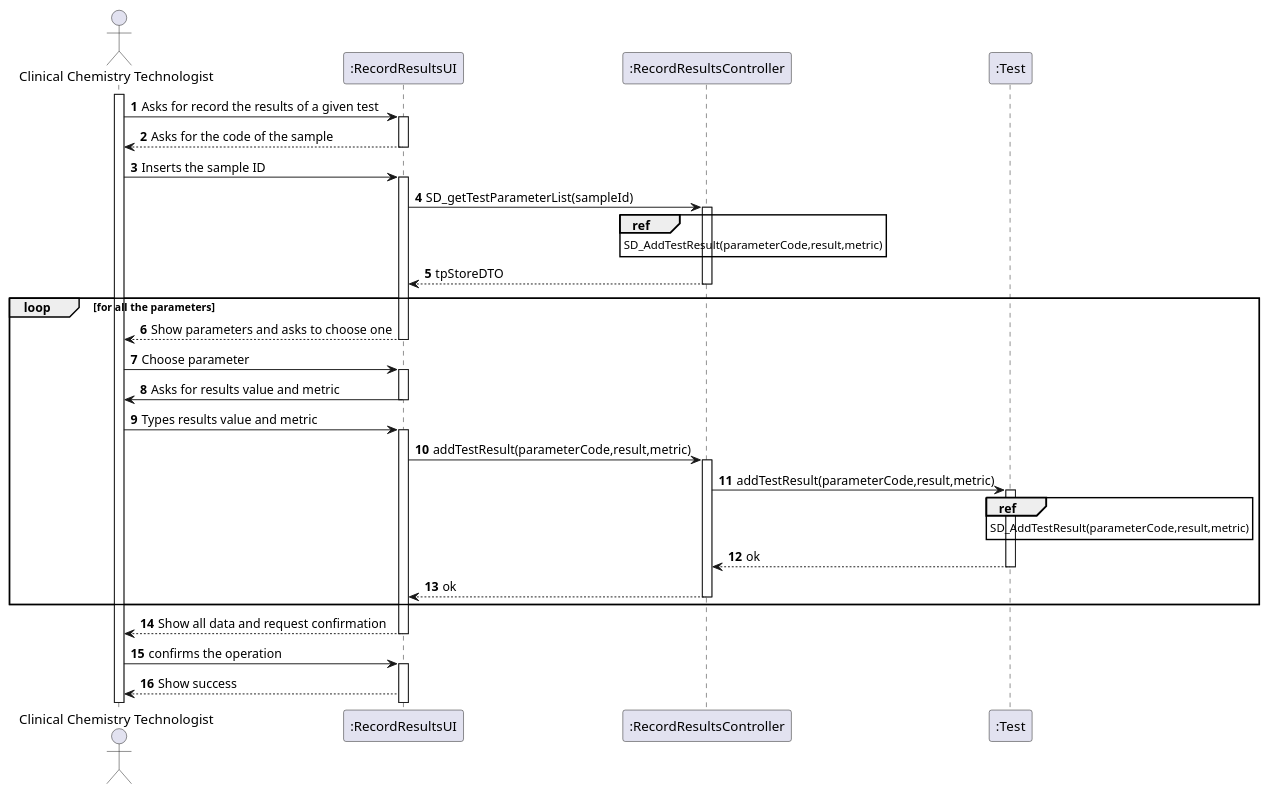
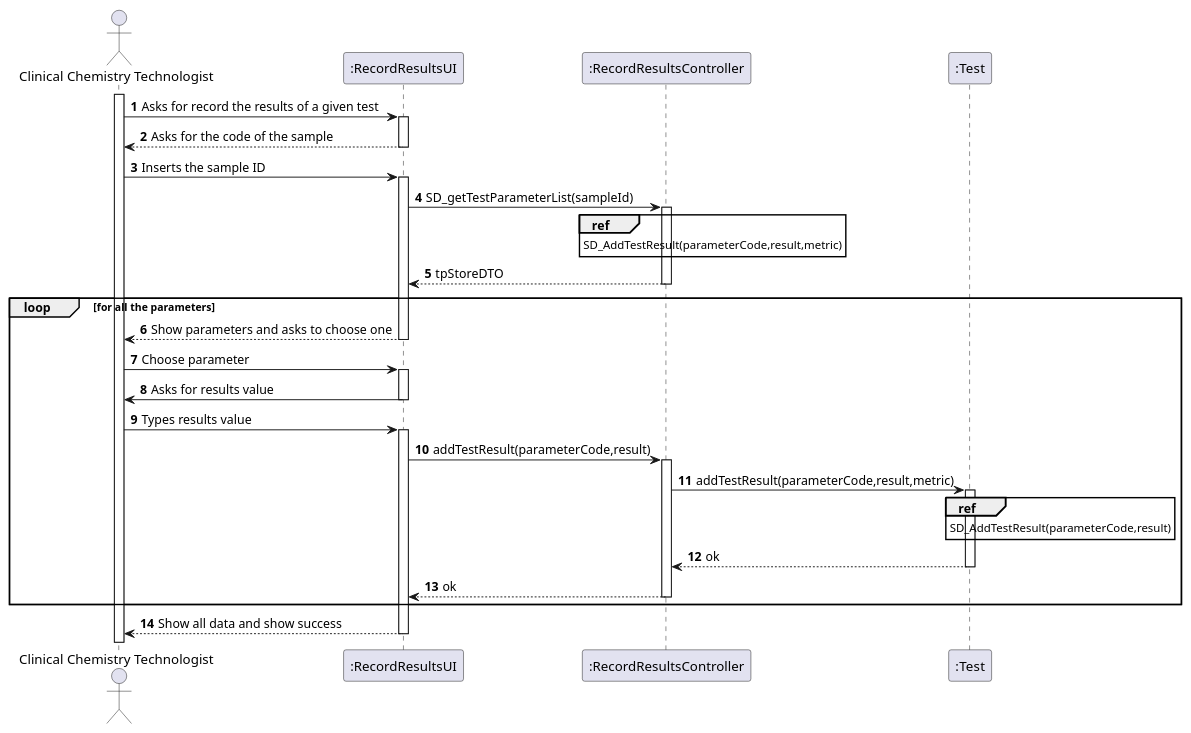
One commit to MarianaCLages/LAPR2 changed the diagram in docs/SprintC/US12/US12_SD.puml. Above: the diagram before and after it, drawn with PlantUML. The commit also changed 17 other files, not shown here.

```diff
--- a/docs/SprintC/US12/US12_SD.puml
+++ b/docs/SprintC/US12/US12_SD.puml
@@ -1,51 +1,49 @@
 @startuml
 autonumber
 actor "Clinical Chemistry Technologist" as cct
 participant ":RecordResultsUI" as UI
 participant ":RecordResultsController" as ctrl
 participant ":Test" as Test
 
 activate cct
 cct -> UI: Asks for record the results of a given test
 activate UI
 UI --> cct: Asks for the code of the sample
 deactivate UI
 cct -> UI: Inserts the sample ID
 activate UI
 UI -> ctrl: SD_getTestParameterList(sampleId)
 ref over ctrl: SD_AddTestResult(parameterCode,result,metric)
 activate ctrl
 ctrl --> UI: tpStoreDTO
 deactivate ctrl
 loop for all the parameters
     UI --> cct: Show parameters and asks to choose one
     deactivate UI
     cct -> UI: Choose parameter
     activate UI
-    UI -> cct: Asks for results value and metric
+    UI -> cct: Asks for results value
     deactivate UI
-    cct -> UI: Types results value and metric
+    cct -> UI: Types results value
     activate UI
 
-    UI -> ctrl: addTestResult(parameterCode,result,metric)
+    UI -> ctrl: addTestResult(parameterCode,result)
     activate ctrl
     ctrl -> Test: addTestResult(parameterCode,result,metric)
     activate Test
-    ref over Test : SD_AddTestResult(parameterCode,result,metric)
+    ref over Test : SD_AddTestResult(parameterCode,result)
     Test --> ctrl : ok
     deactivate Test
     ctrl --> UI: ok
     deactivate ctrl
 
 
 end
 
-UI --> cct: Show all data and request confirmation
+UI --> cct: Show all data and show success
 deactivate UI
-cct -> UI: confirms the operation
-activate UI
-UI --> cct: Show success
+
 
 
 
 @enduml
```
